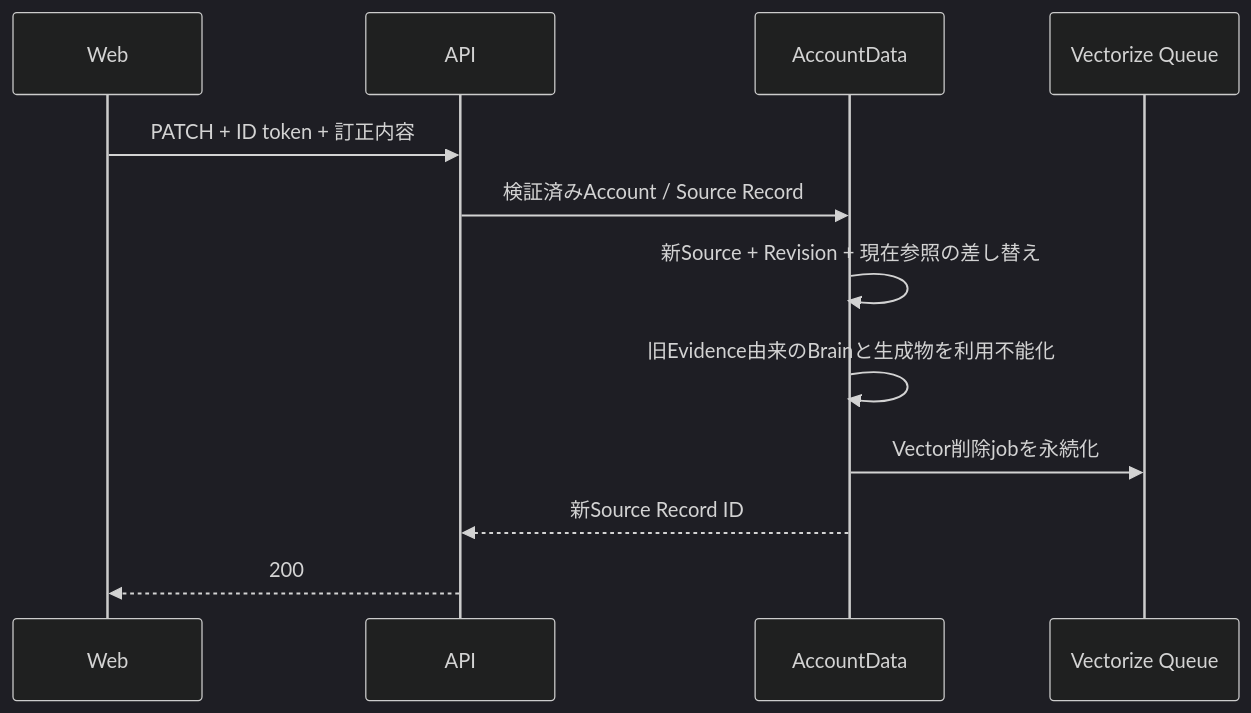
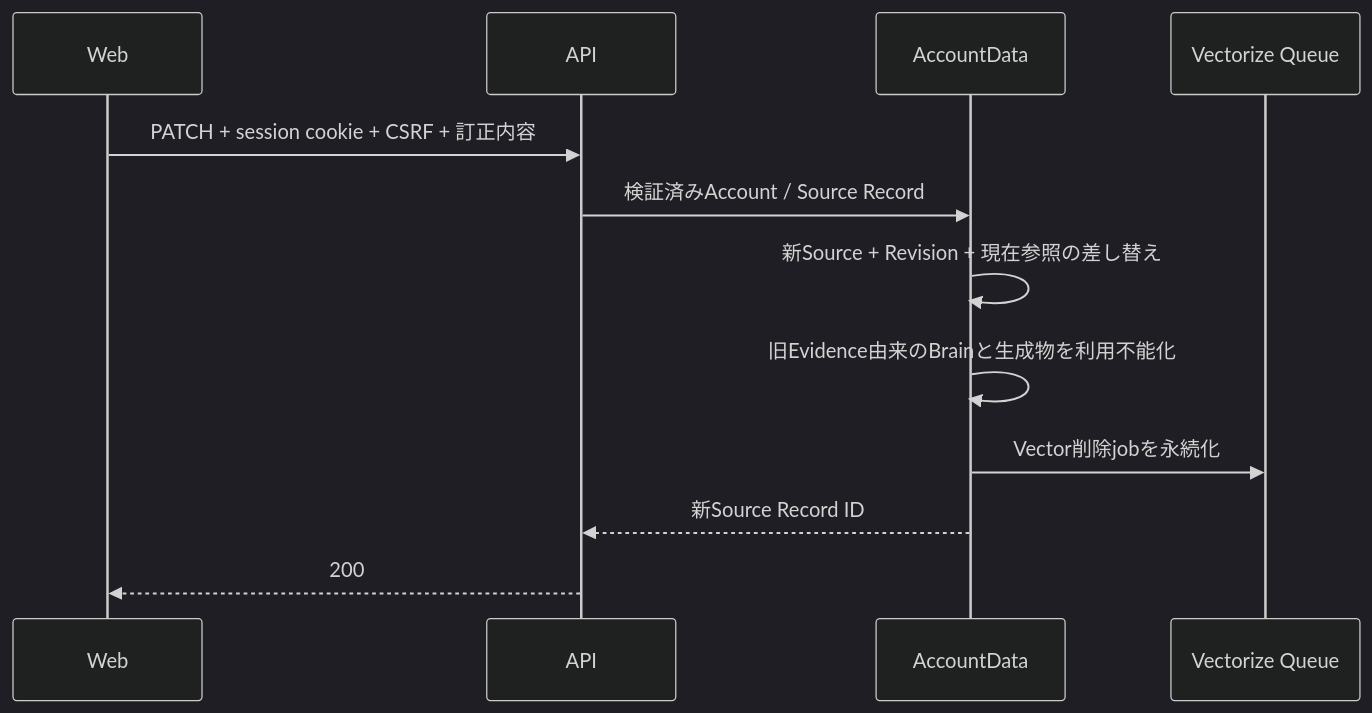
Before and after one commit to kkyosuke/me-builder: the diagram in docs/development/personal-data-api.md, drawn with Mermaid (dark theme). The commit also changed other lines of this file and 116 other files, not shown here.

````diff
--- a/docs/development/personal-data-api.md
+++ b/docs/development/personal-data-api.md
@@ -25,15 +25,15 @@
 ```mermaid
 sequenceDiagram
     participant W as Web
     participant A as API
     participant D as AccountData
     participant V as Vectorize Queue
 
-    W->>A: PATCH + ID token + 訂正内容
+    W->>A: PATCH + session cookie + CSRF + 訂正内容
     A->>D: 検証済みAccount / Source Record
     D->>D: 新Source + Revision + 現在参照の差し替え
     D->>D: 旧Evidence由来のBrainと生成物を利用不能化
     D->>V: Vector削除jobを永続化
     D-->>A: 新Source Record ID
     A-->>W: 200
 ```
````
